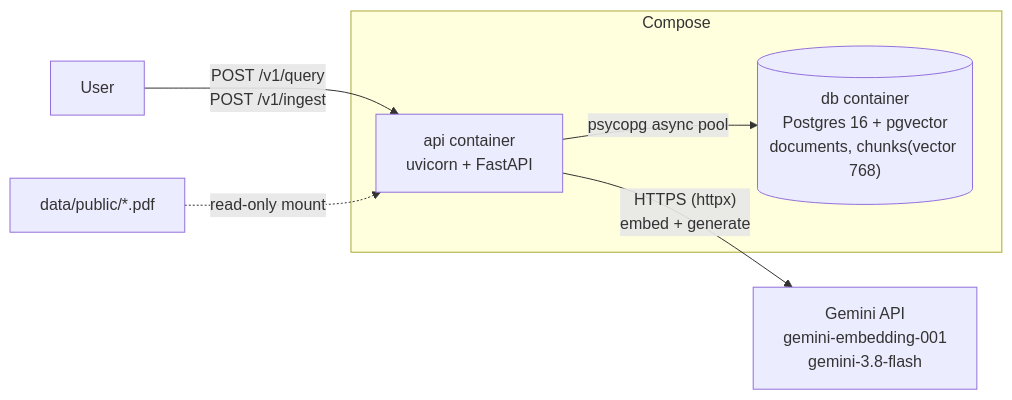
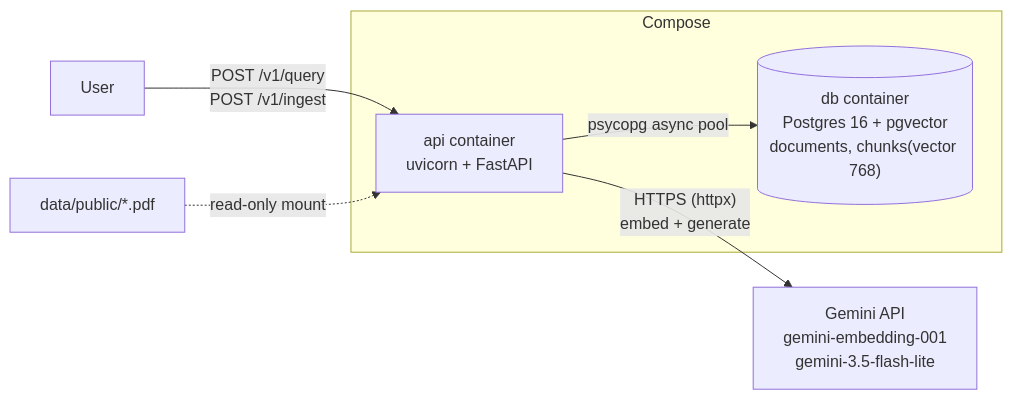
One commit to AMahdy98/specseek changed the diagram in docs/INTERVIEW.md. Above: the diagram before and after it, drawn with Mermaid. The commit also changed other lines of this file and 4 other files, not shown here.

````diff
--- a/docs/INTERVIEW.md
+++ b/docs/INTERVIEW.md
@@ -29,11 +32,11 @@
 ```mermaid
 flowchart LR
   User -->|"POST /v1/query<br/>POST /v1/ingest"| API
   subgraph Compose
     API["api container<br/>uvicorn + FastAPI"]
     DB[("db container<br/>Postgres 16 + pgvector<br/>documents, chunks(vector 768)")]
     API -->|"psycopg async pool"| DB
   end
-  API -->|"HTTPS (httpx)<br/>embed + generate"| Gemini["Gemini API<br/>gemini-embedding-001<br/>gemini-3.8-flash"]
+  API -->|"HTTPS (httpx)<br/>embed + generate"| Gemini["Gemini API<br/>gemini-embedding-001<br/>gemini-3.5-flash-lite"]
   PDFs["data/public/*.pdf"] -.->|"read-only mount"| API
 ```
````
